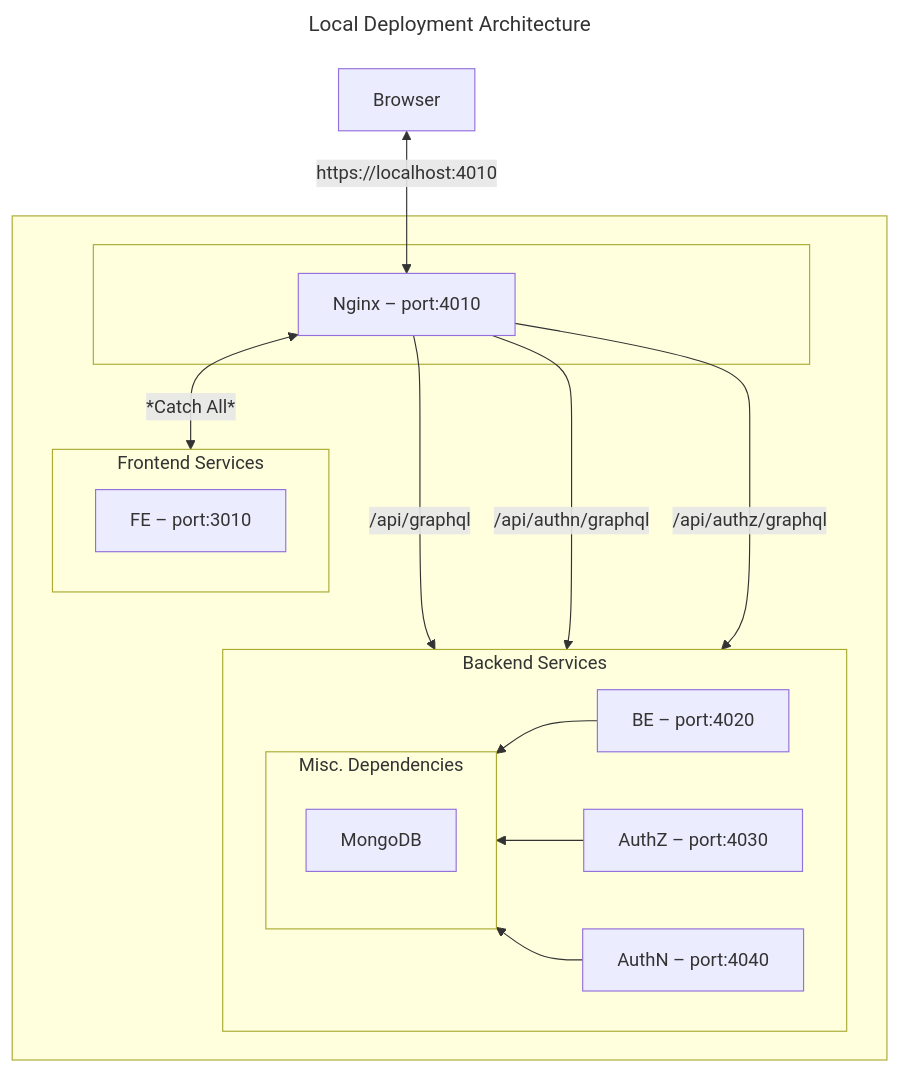
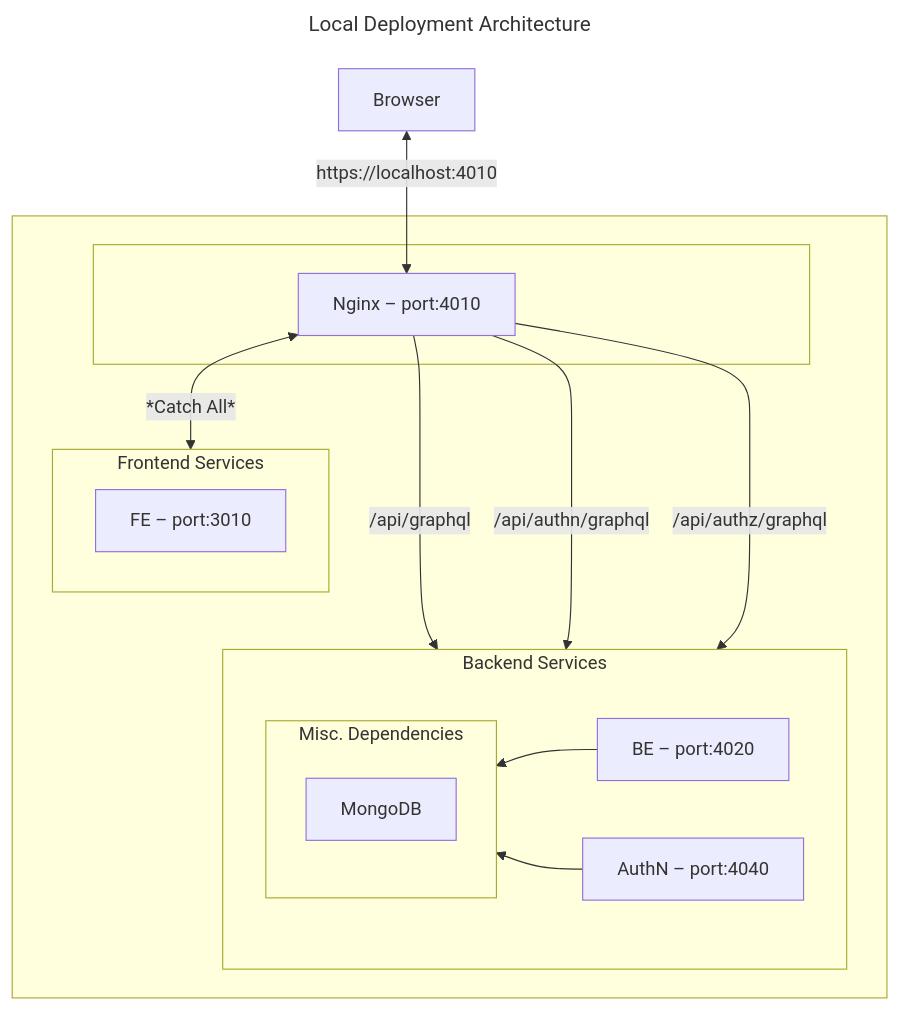
Before and after one commit to CBIIT/crdc-datahub-ui: the second of 2 diagrams in nginx/README.md, drawn with Mermaid. The commit also changed other lines of this file and 10 other files, not shown here.

````diff
--- a/nginx/README.md
+++ b/nginx/README.md
@@ -96,39 +94,36 @@
 ```mermaid
 ---
 title: Local Deployment Architecture
 ---
 flowchart TD
     id0["Browser"]
     id1["Nginx – port:4010"]
     id2["FE – port:3010"]
     id3["BE – port:4020"]
-    id4["AuthZ – port:4030"]
     id5["AuthN – port:4040"]
     id6["MongoDB"]
 
     id0 <--"https://localhost:4010"--> id1
     subgraph lh[" "]
         subgraph nx[" "]
           id1
         end
         id1 --"/api/graphql"---> be
         id1 --"/api/authn/graphql"---> be
         id1 --"/api/authz/graphql"---> be
         subgraph be["Backend Services"]
         direction RL
           id3
-          id4
           id5
           subgraph misc["Misc. Dependencies"]
             id6
           end
           id3-->misc
-          id4-->misc
           id5-->misc
         end
         subgraph fe["Frontend Services"]
           id2
         end
         id1 <--"*Catch All*"--> fe
     end
 ```
````
